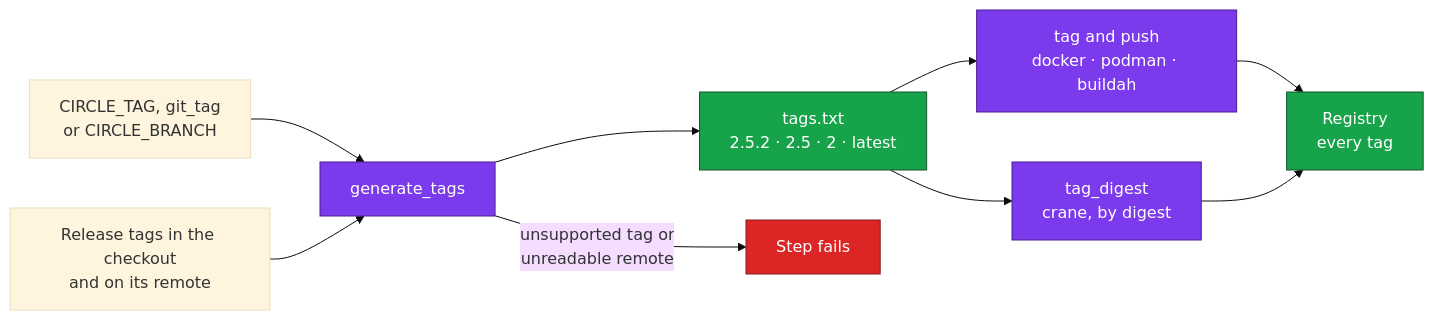
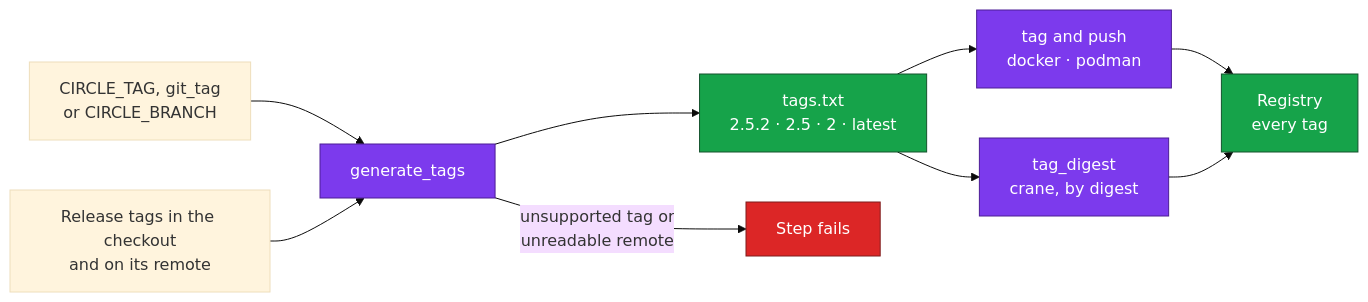
The diagram in README.md (juburr/container-tagger-orb), drawn with Mermaid (base theme) before and after one commit. The commit also changed other lines of this file, not shown here.

First line of the commit message:
docs: stop advertising buildah for tag

````diff
--- a/README.md
+++ b/README.md
@@ -77,19 +77,19 @@
 ```mermaid
 flowchart LR
     id["CIRCLE_TAG, git_tag<br/>or CIRCLE_BRANCH"] --> gen["generate_tags"]
     git["Release tags in the checkout<br/>and on its remote"] --> gen
     gen --> file["tags.txt<br/>2.5.2 · 2.5 · 2 · latest"]
     gen -- "unsupported tag or<br/>unreadable remote" --> stop["Step fails"]
-    file --> tag["tag and push<br/>docker · podman · buildah"]
+    file --> tag["tag and push<br/>docker · podman"]
     file --> digest["tag_digest<br/>crane, by digest"]
     tag --> reg["Registry<br/>every tag"]
     digest --> reg
 
     classDef install fill:#0EA5E9,stroke:#0369A1,color:#FFFFFF
     classDef tool fill:#7C3AED,stroke:#4C1D95,color:#FFFFFF
     classDef good fill:#16A34A,stroke:#14532D,color:#FFFFFF
     classDef bad fill:#DC2626,stroke:#7F1D1D,color:#FFFFFF
     class gen,tag,digest tool
     class file,reg good
     class stop bad
 ```
````
